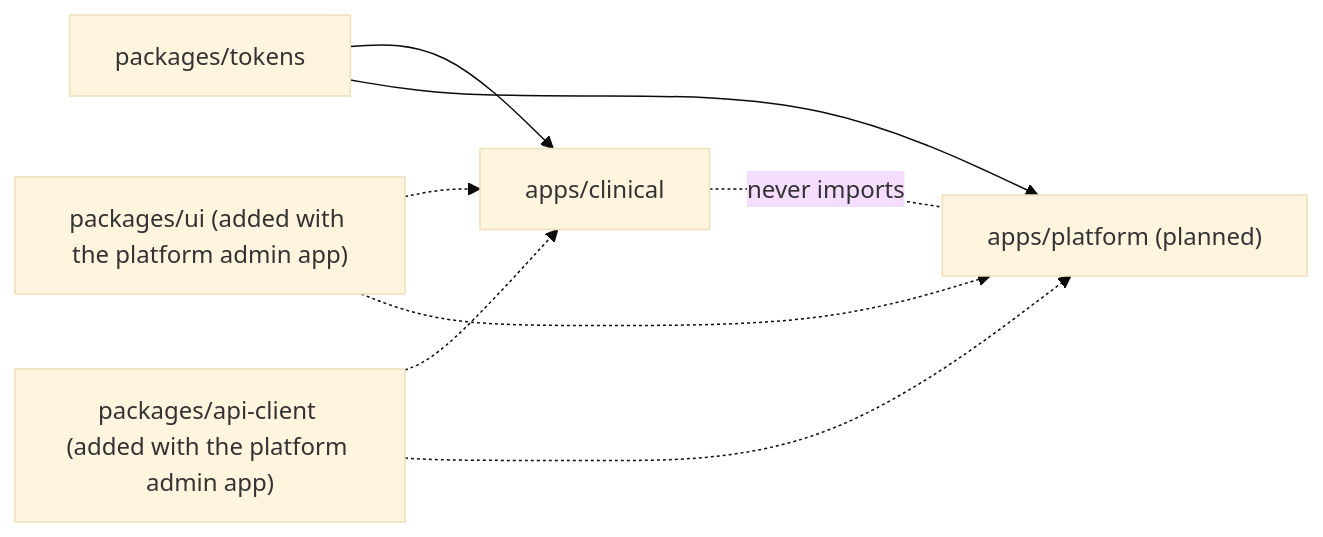
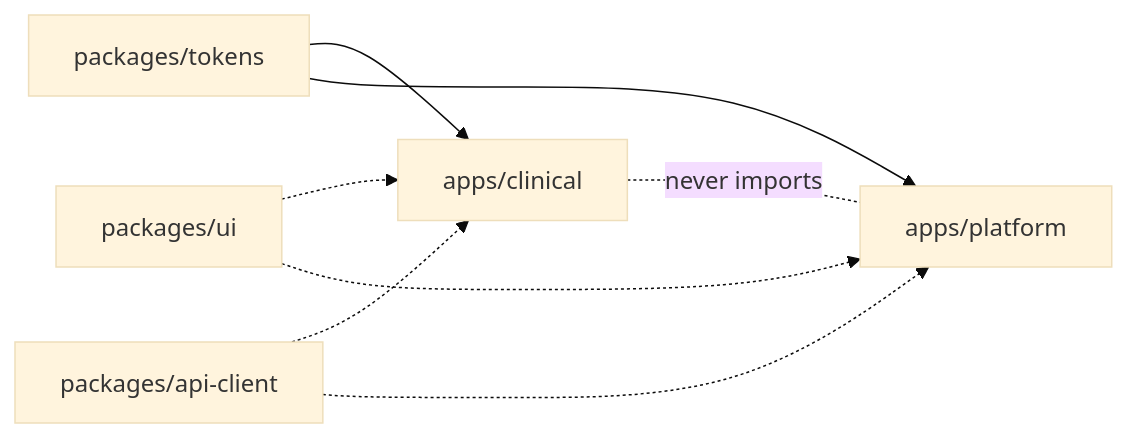
One commit to Measured-Health/mhai-web changed the third of 10 diagrams in ARCHITECTURE.md. Above: the diagram before and after it, drawn with Mermaid (base theme). The commit also changed other lines of this file and 15 other files, not shown here.

Commit message:
Test the platform app end to end; document the demo; drop the clinical 403 link

````diff
--- a/ARCHITECTURE.md
+++ b/ARCHITECTURE.md
@@ -168,10 +169,10 @@
 ```mermaid
 flowchart LR
     tokens[packages/tokens] --> clinical[apps/clinical]
-    tokens --> platform["apps/platform (planned)"]
-    ui["packages/ui (added with the platform admin app)"] -.-> clinical
+    tokens --> platform[apps/platform]
+    ui[packages/ui] -.-> clinical
     ui -.-> platform
-    apic["packages/api-client (added with the platform admin app)"] -.-> clinical
+    apic[packages/api-client] -.-> clinical
     apic -.-> platform
     clinical -. never imports .- platform
 ```
````
